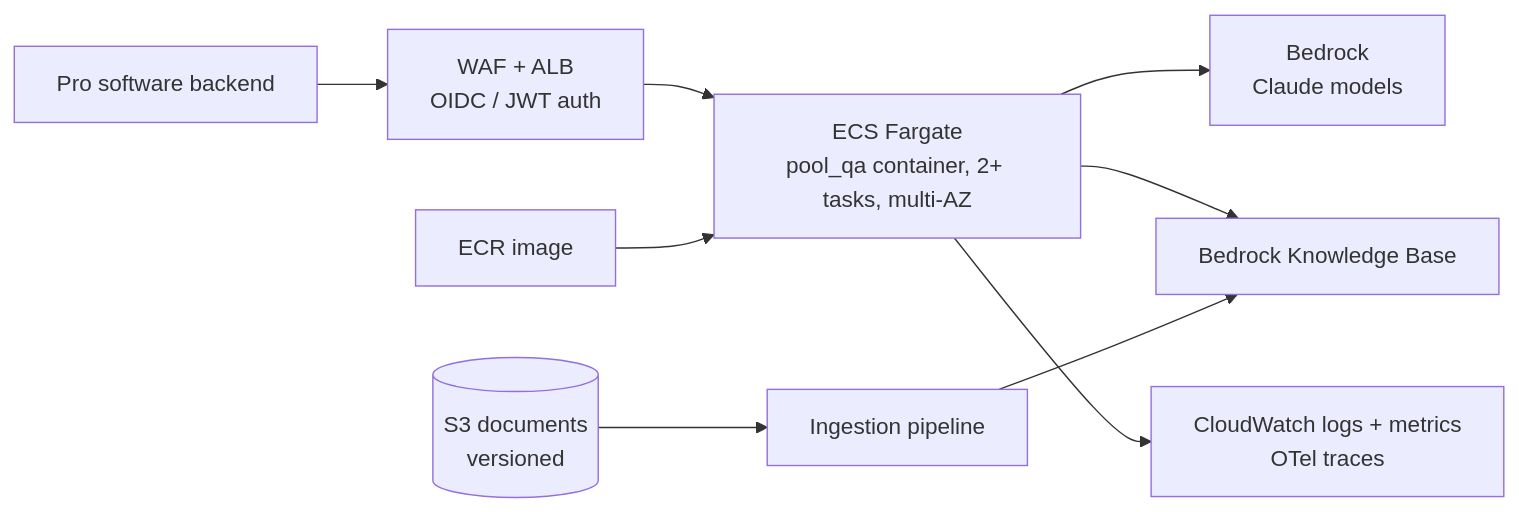
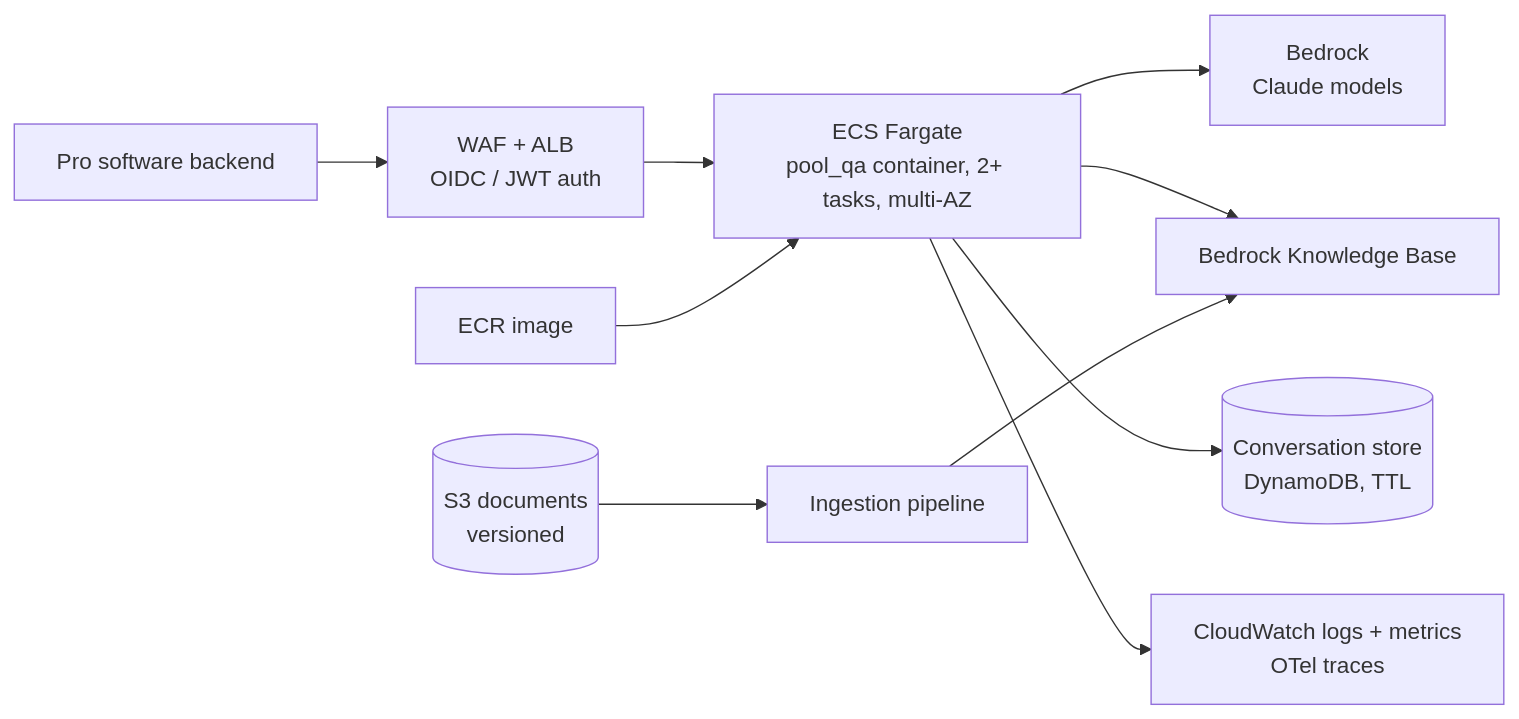
One commit to brunosandrini98/fluidra-assessment changed the diagram in DEPLOYMENT.md. Above: the diagram before and after it, drawn with Mermaid. The commit also changed other lines of this file and 1 other file, not shown here.

````diff
--- a/DEPLOYMENT.md
+++ b/DEPLOYMENT.md
@@ -14,10 +14,11 @@
 ```mermaid
 flowchart LR
     P[Pro software backend] --> W[WAF + ALB<br/>OIDC / JWT auth]
     W --> F[ECS Fargate<br/>pool_qa container, 2+ tasks, multi-AZ]
     F --> B[Bedrock<br/>Claude models]
     F --> K[Bedrock Knowledge Base]
+    F --> D[(Conversation store<br/>DynamoDB, TTL)]
     S[(S3 documents<br/>versioned)] --> J[Ingestion pipeline] --> K
     F --> O[CloudWatch logs + metrics<br/>OTel traces]
     E[ECR image] --> F
 ```
````
